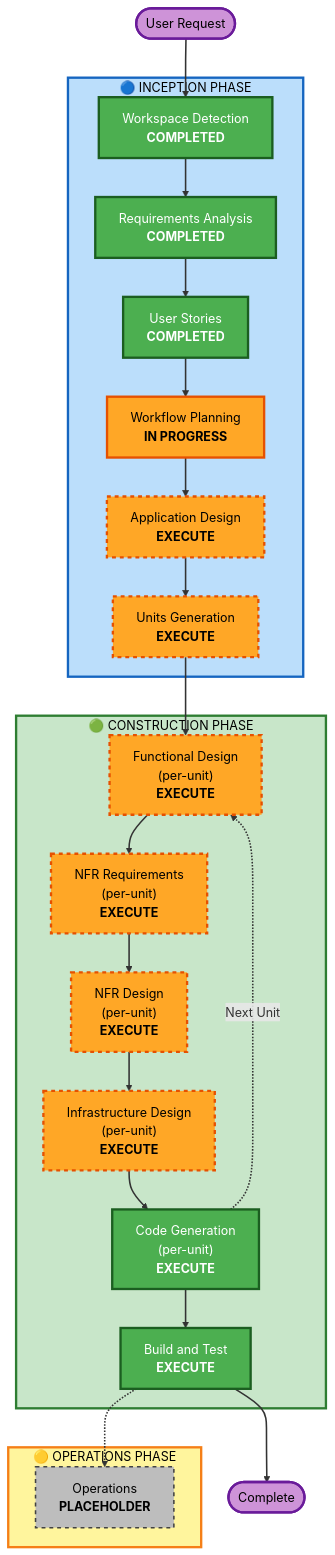
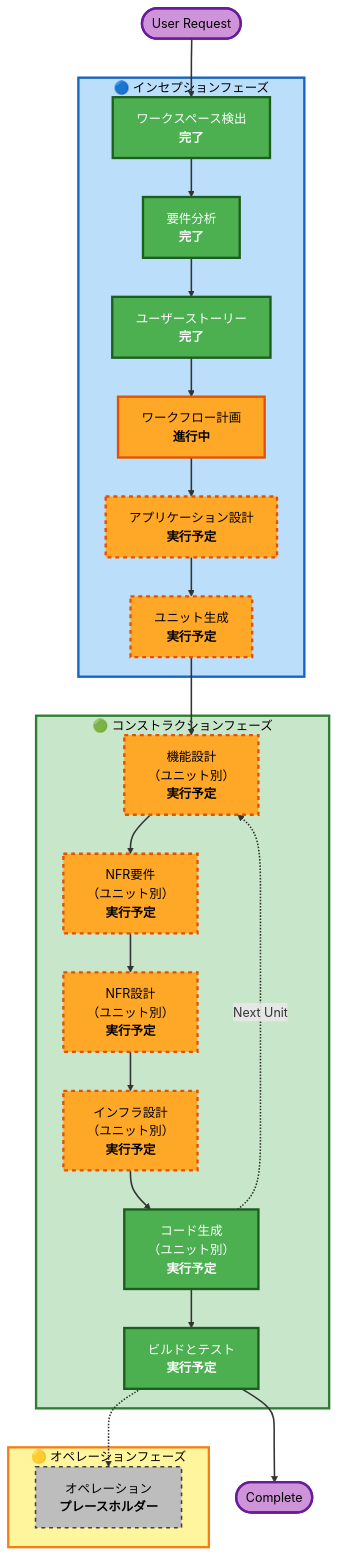
Before and after one commit to RakM3mzVzF5P/amayakashi-log: the diagram in aidlc-docs/inception/plans/execution-plan.md, drawn with Mermaid. The commit also changed 2 other files, not shown here.

Commit message:
状態管理および計画ドキュメントの日本語化
日本語話者のチームメンバーにとっての可読性向上のため、aidlc-state.md を日本語に翻訳
inception/plans/execution-plan.md のフローチャート内ラベルおよび説明文を日本語に更新
プロジェクト概要、現状ステータス、次のステップを含む session-handoff.md を日本語に翻訳
技術的内容、タイムスタンプ、構造的整合性をすべて維持しつつ、ローカライズ品質を向上
プロジェクトのバイリンガル（多言語）コミュニケーション方針に沿ったドキュメント整備を実施

````diff
--- a/aidlc-docs/inception/plans/execution-plan.md
+++ b/aidlc-docs/inception/plans/execution-plan.md
@@ -63,63 +63,63 @@
 ```mermaid
 flowchart TD
     Start(["User Request"])
     
-    subgraph INCEPTION["🔵 INCEPTION PHASE"]
-        WD["Workspace Detection<br/><b>COMPLETED</b>"]
-        RA["Requirements Analysis<br/><b>COMPLETED</b>"]
-        US["User Stories<br/><b>COMPLETED</b>"]
-        WP["Workflow Planning<br/><b>IN PROGRESS</b>"]
-        AD["Application Design<br/><b>EXECUTE</b>"]
-        UG["Units Generation<br/><b>EXECUTE</b>"]
+    subgraph INCEPTION["🔵 インセプションフェーズ"]
+        WD["ワークスペース検出<br/><b>完了</b>"]
+        RA["要件分析<br/><b>完了</b>"]
+        US["ユーザーストーリー<br/><b>完了</b>"]
+        WP["ワークフロー計画<br/><b>進行中</b>"]
+        AD["アプリケーション設計<br/><b>実行予定</b>"]
+        UG["ユニット生成<br/><b>実行予定</b>"]
     end
     
-    subgraph CONSTRUCTION["🟢 CONSTRUCTION PHASE"]
-        FD["Functional Design<br/>(per-unit)<br/><b>EXECUTE</b>"]
-        NFRA["NFR Requirements<br/>(per-unit)<br/><b>EXECUTE</b>"]
-        NFRD["NFR Design<br/>(per-unit)<br/><b>EXECUTE</b>"]
-        ID["Infrastructure Design<br/>(per-unit)<br/><b>EXECUTE</b>"]
-        CG["Code Generation<br/>(per-unit)<br/><b>EXECUTE</b>"]
-        BT["Build and Test<br/><b>EXECUTE</b>"]
+    subgraph CONSTRUCTION["🟢 コンストラクションフェーズ"]
+        FD["機能設計<br/>（ユニット別）<br/><b>実行予定</b>"]
+        NFRA["NFR要件<br/>（ユニット別）<br/><b>実行予定</b>"]
+        NFRD["NFR設計<br/>（ユニット別）<br/><b>実行予定</b>"]
+        ID["インフラ設計<br/>（ユニット別）<br/><b>実行予定</b>"]
+        CG["コード生成<br/>（ユニット別）<br/><b>実行予定</b>"]
+        BT["ビルドとテスト<br/><b>実行予定</b>"]
     end
     
-    subgraph OPERATIONS["🟡 OPERATIONS PHASE"]
-        OPS["Operations<br/><b>PLACEHOLDER</b>"]
+    subgraph OPERATIONS["🟡 オペレーションフェーズ"]
+        OPS["オペレーション<br/><b>プレースホルダー</b>"]
     end
     
     Start --> WD
     WD --> RA
     RA --> US
     US --> WP
     WP --> AD
     AD --> UG
     UG --> FD
     FD --> NFRA
     NFRA --> NFRD
     NFRD --> ID
     ID --> CG
     CG -.->|Next Unit| FD
     CG --> BT
     BT -.-> OPS
     BT --> End(["Complete"])
     
     style WD fill:#4CAF50,stroke:#1B5E20,stroke-width:3px,color:#fff
     style RA fill:#4CAF50,stroke:#1B5E20,stroke-width:3px,color:#fff
     style US fill:#4CAF50,stroke:#1B5E20,stroke-width:3px,color:#fff
     style WP fill:#FFA726,stroke:#E65100,stroke-width:3px,color:#000
     style AD fill:#FFA726,stroke:#E65100,stroke-width:3px,stroke-dasharray: 5 5,color:#000
     style UG fill:#FFA726,stroke:#E65100,stroke-width:3px,stroke-dasharray: 5 5,color:#000
     style FD fill:#FFA726,stroke:#E65100,stroke-width:3px,stroke-dasharray: 5 5,color:#000
     style NFRA fill:#FFA726,stroke:#E65100,stroke-width:3px,stroke-dasharray: 5 5,color:#000
     style NFRD fill:#FFA726,stroke:#E65100,stroke-width:3px,stroke-dasharray: 5 5,color:#000
     style ID fill:#FFA726,stroke:#E65100,stroke-width:3px,stroke-dasharray: 5 5,color:#000
     style CG fill:#4CAF50,stroke:#1B5E20,stroke-width:3px,color:#fff
     style BT fill:#4CAF50,stroke:#1B5E20,stroke-width:3px,color:#fff
     style OPS fill:#BDBDBD,stroke:#424242,stroke-width:2px,stroke-dasharray: 5 5,color:#000
     style INCEPTION fill:#BBDEFB,stroke:#1565C0,stroke-width:3px,color:#000
     style CONSTRUCTION fill:#C8E6C9,stroke:#2E7D32,stroke-width:3px,color:#000
     style OPERATIONS fill:#FFF59D,stroke:#F57F17,stroke-width:3px,color:#000
     style Start fill:#CE93D8,stroke:#6A1B9A,stroke-width:3px,color:#000
     style End fill:#CE93D8,stroke:#6A1B9A,stroke-width:3px,color:#000
     
     linkStyle default stroke:#333,stroke-width:2px
 ```
````
